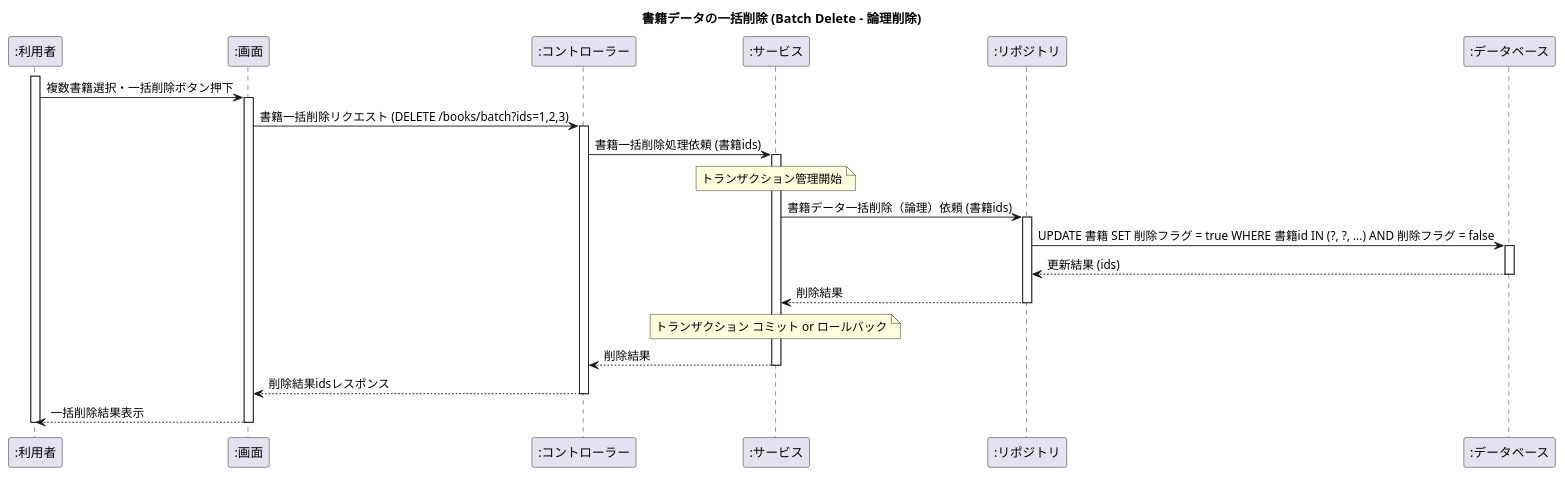
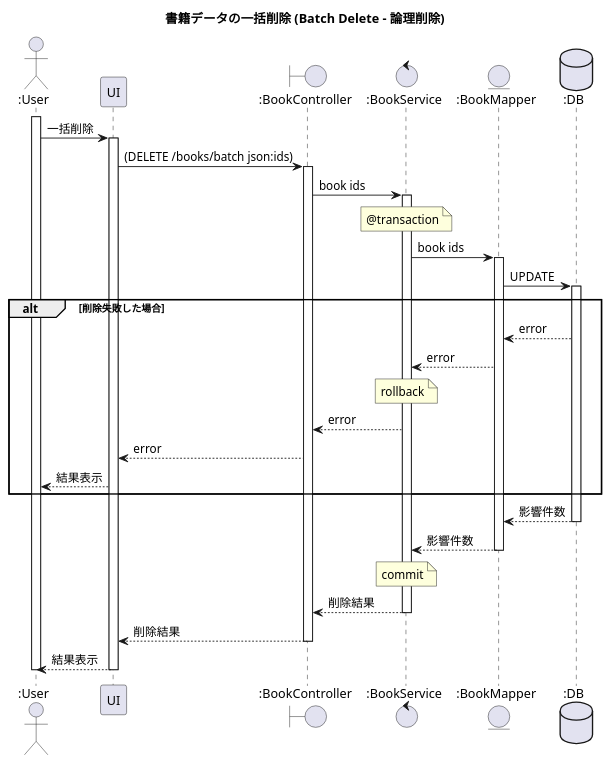
Before and after one commit to kien-ri/demo: the diagram in document/book/deleteBooks.puml, drawn with PlantUML. The commit also changed 5 other files, not shown here.

```diff
--- a/document/book/deleteBooks.puml
+++ b/document/book/deleteBooks.puml
@@ -1,27 +1,37 @@
 @startuml deleteBooks
 
 title 書籍データの一括削除 (Batch Delete - 論理削除)
 
-participant ":利用者" as User
-participant ":画面" as UI
-participant ":コントローラー" as Controller
-participant ":サービス" as Service
-participant ":リポジトリ" as Repo
-participant ":データベース" as DB
+actor ":User" as User
+participant "UI" as UI
+boundary ":BookController" as BookController
+control ":BookService" as BookService
+entity ":BookMapper" as BookMapper
+database ":DB" as DB
 
 activate User
-User -> UI ++ : 複数書籍選択・一括削除ボタン押下
-UI -> Controller ++ : 書籍一括削除リクエスト (DELETE /books/batch?ids=1,2,3)
-Controller -> Service ++ : 書籍一括削除処理依頼 (書籍ids)
-note over Service : トランザクション管理開始
-Service -> Repo ++ : 書籍データ一括削除（論理）依頼 (書籍ids)
-Repo -> DB ++ : UPDATE 書籍 SET 削除フラグ = true WHERE 書籍id IN (?, ?, ...) AND 削除フラグ = false
-DB --> Repo -- : 更新結果 (ids)
-Repo --> Service -- : 削除結果
-note over Service : トランザクション コミット or ロールバック
-Service --> Controller -- : 削除結果
-Controller --> UI -- : 削除結果idsレスポンス
-UI --> User -- : 一括削除結果表示
+User -> UI ++ : 一括削除
+UI -> BookController ++ : (DELETE /books/batch json:ids)
+BookController -> BookService ++ : book ids
+note over BookService : @transaction
+BookService -> BookMapper ++ : book ids
+BookMapper -> DB ++ : UPDATE
+
+alt 削除失敗した場合
+    DB --> BookMapper : error
+    BookMapper --> BookService : error
+    note over BookService : rollback
+    BookService --> BookController : error
+    BookController --> UI : error
+    UI --> User : 結果表示
+end
+
+DB --> BookMapper -- : 影響件数
+BookMapper --> BookService -- : 影響件数
+note over BookService : commit
+BookService --> BookController -- : 削除結果
+BookController --> UI -- : 削除結果
+UI --> User -- : 結果表示
 deactivate User
 
 @enduml
```
